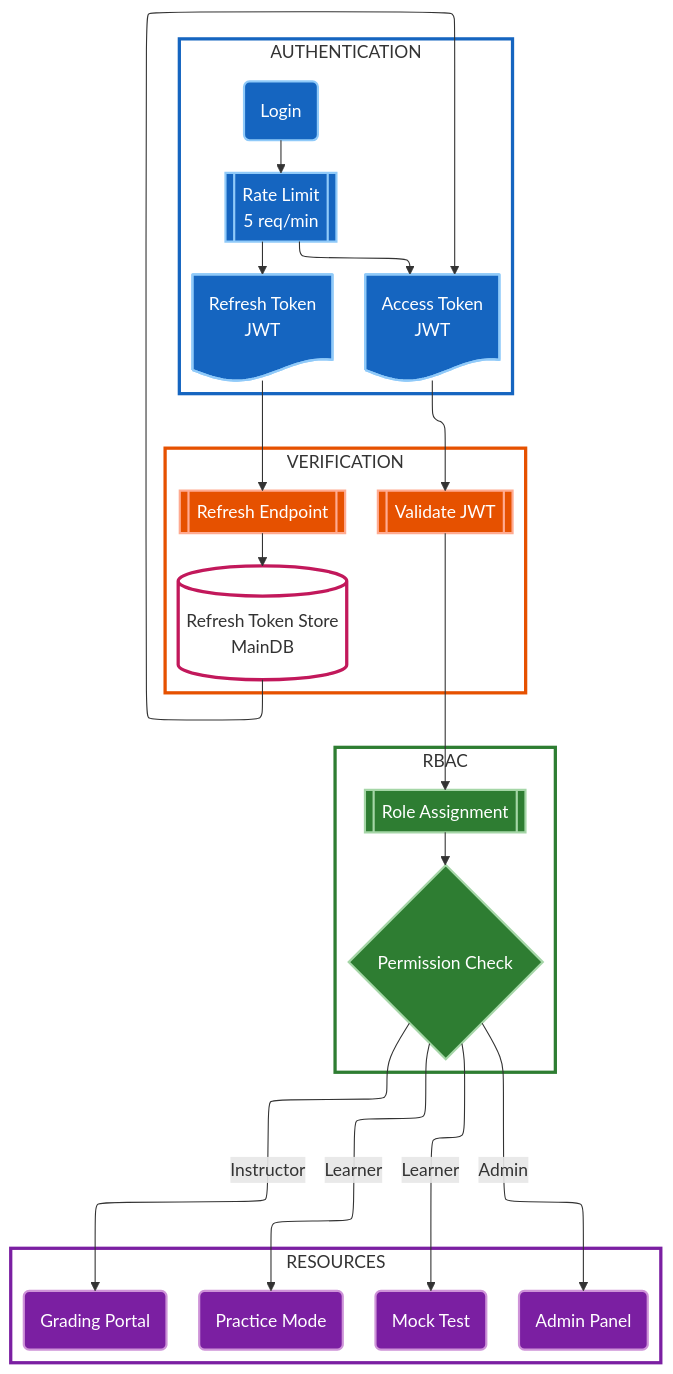
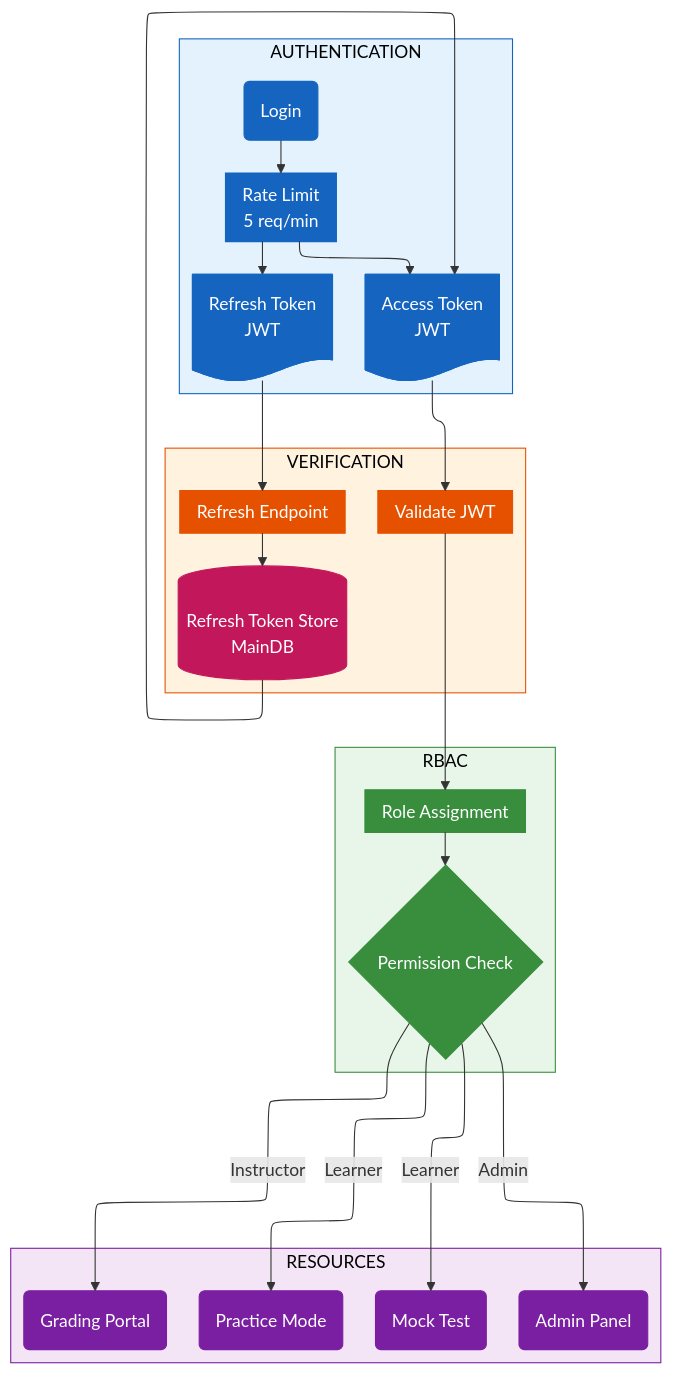
One commit to nghyane/VSTEP changed diagram 11 of 12 in docs/capstone/diagrams/flow-diagrams.vi.md. Above: the diagram before and after it, drawn with Mermaid. The commit also changed other lines of this file, not shown here.

First line of the commit message:
fix(docs): rewrite diagrams with proper color separation

````diff
--- a/docs/capstone/diagrams/flow-diagrams.vi.md
+++ b/docs/capstone/diagrams/flow-diagrams.vi.md
@@ -747,65 +754,65 @@
 ```mermaid
 ---
 config:
   layout: elk
 ---
 flowchart TB
     subgraph Auth["AUTHENTICATION"]
         Login@{ shape: rounded, label: "Login" }
-        Rate@{ shape: fr-rect, label: "Rate Limit<br/>5 req/min" }
-        Access@{ shape: doc, label: "Access Token<br/>JWT" }
-        Refresh@{ shape: doc, label: "Refresh Token<br/>JWT" }
+        Rate@{ shape: fr-rect, label: "Rate Limit\n5 req/min" }
+        Access@{ shape: doc, label: "Access Token\nJWT" }
+        Refresh@{ shape: doc, label: "Refresh Token\nJWT" }
     end
 
     subgraph Verify["VERIFICATION"]
         Validate@{ shape: fr-rect, label: "Validate JWT" }
         RefreshEp@{ shape: fr-rect, label: "Refresh Endpoint" }
-        Store@{ shape: cyl, label: "Refresh Token Store<br/>MainDB" }
+        Store@{ shape: cyl, label: "Refresh Token Store\nMainDB" }
     end
 
     subgraph RBAC["RBAC"]
         Roles@{ shape: fr-rect, label: "Role Assignment" }
         Check@{ shape: diam, label: "Permission Check" }
     end
 
     subgraph Resources["RESOURCES"]
         direction LR
         Practice@{ shape: rounded, label: "Practice Mode" }
         Mock@{ shape: rounded, label: "Mock Test" }
         Grading@{ shape: rounded, label: "Grading Portal" }
         Admin@{ shape: rounded, label: "Admin Panel" }
     end
 
     Login --> Rate --> Access & Refresh
     Access --> Validate
     Refresh --> RefreshEp --> Store --> Access
     
     Validate --> Roles --> Check
     Check -->|"Learner"| Practice & Mock
     Check -->|"Instructor"| Grading
     Check -->|"Admin"| Admin
 
-    classDef auth fill:#1565c0,stroke:#90caf9,stroke-width:2px,color:#fff
-    classDef verify fill:#e65100,stroke:#ffab91,stroke-width:2px,color:#fff
-    classDef rbac fill:#2e7d32,stroke:#a5d6a7,stroke-width:2px,color:#fff
-    classDef resources fill:#7b1fa2,stroke:#ce93d8,stroke-width:2px,color:#fff
-    classDef data fill:#c2185b,stroke:#f48fb1,stroke-width:2px,color:#fff
+    %% Nodes
+    classDef auth fill:#1565c0,stroke:#1565c0,color:#fff
+    classDef verify fill:#e65100,stroke:#e65100,color:#fff
+    classDef rbac fill:#388e3c,stroke:#388e3c,color:#fff
+    classDef resources fill:#7b1fa2,stroke:#7b1fa2,color:#fff
+    classDef data fill:#c2185b,stroke:#c2185b,color:#fff
 
-    classDef authBox fill:none,stroke:#1565c0,stroke-width:3px
-    classDef verifyBox fill:none,stroke:#e65100,stroke-width:3px
-    classDef rbacBox fill:none,stroke:#2e7d32,stroke-width:3px
-    classDef resourcesBox fill:none,stroke:#7b1fa2,stroke-width:3px
-    classDef dataBox fill:none,stroke:#c2185b,stroke-width:3px
+    %% Boxes
+    classDef authBox fill:#e3f2fd,stroke:#1565c0,color:#000
+    classDef verifyBox fill:#fff3e0,stroke:#e65100,color:#000
+    classDef rbacBox fill:#e8f5e9,stroke:#388e3c,color:#000
+    classDef resourcesBox fill:#f3e5f5,stroke:#7b1fa2,color:#000
 
     class Auth authBox
     class Verify verifyBox
     class RBAC rbacBox
     class Resources resourcesBox
-    class Store dataBox
 
     class Login,Rate,Access,Refresh auth
     class Validate,RefreshEp verify
     class Roles,Check rbac
     class Practice,Mock,Grading,Admin resources
-
+    class Store data
 ```
````
